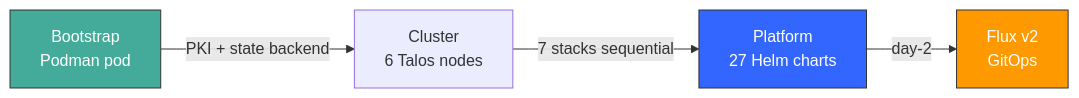
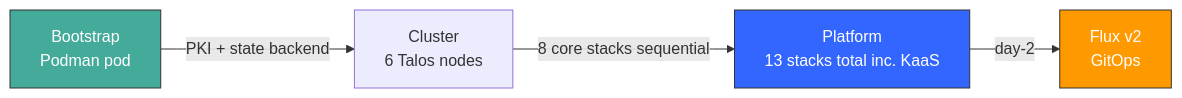
One commit to Destynova2/st4ck changed the diagram in README.md. Above: the diagram before and after it, drawn with Mermaid. The commit also changed other lines of this file and 5 other files, not shown here.

First line of the commit message:
docs: fix drift — 7→8 core stacks, +5 KaaS, 22→26 ADRs, drop Outscale

````diff
--- a/README.md
+++ b/README.md
@@ -9,10 +9,10 @@
 ```mermaid
 graph LR
     B[Bootstrap<br/>Podman pod] -->|PKI + state backend| C[Cluster<br/>6 Talos nodes]
-    C -->|7 stacks sequential| K[Platform<br/>27 Helm charts]
+    C -->|8 core stacks sequential| K[Platform<br/>13 stacks total inc. KaaS]
     K -->|day-2| F[Flux v2<br/>GitOps]
 
     style B fill:#4a9,stroke:#333,color:#fff
     style K fill:#36f,stroke:#333,color:#fff
     style F fill:#f90,stroke:#333,color:#fff
 ```
````
